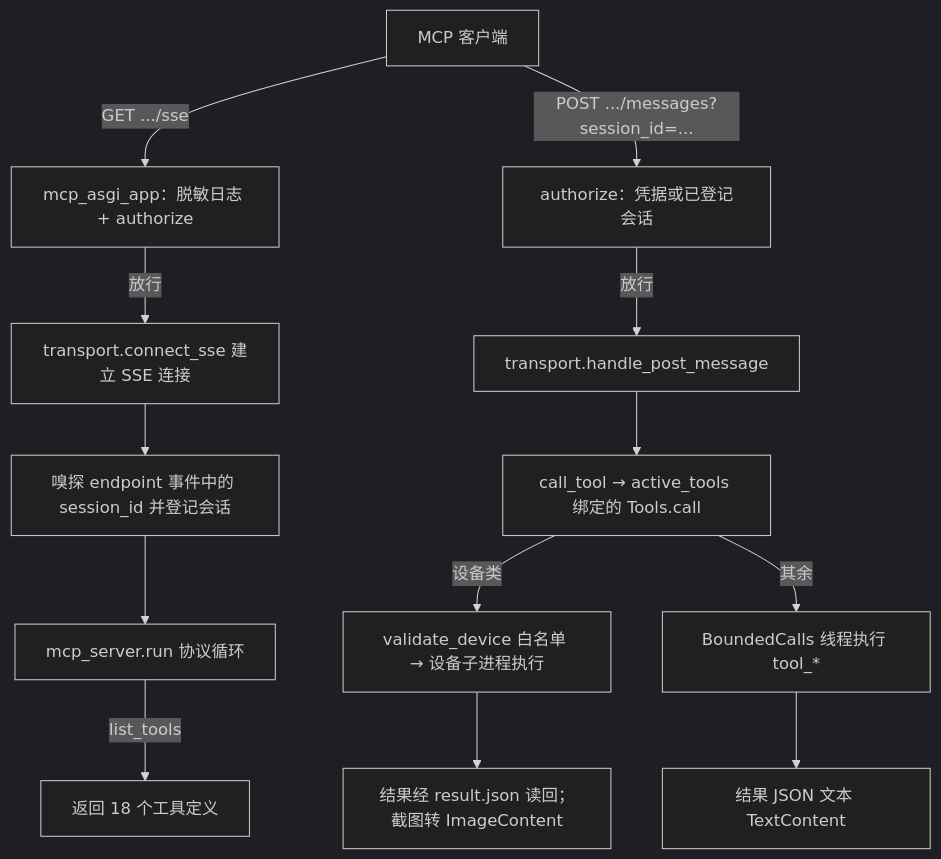
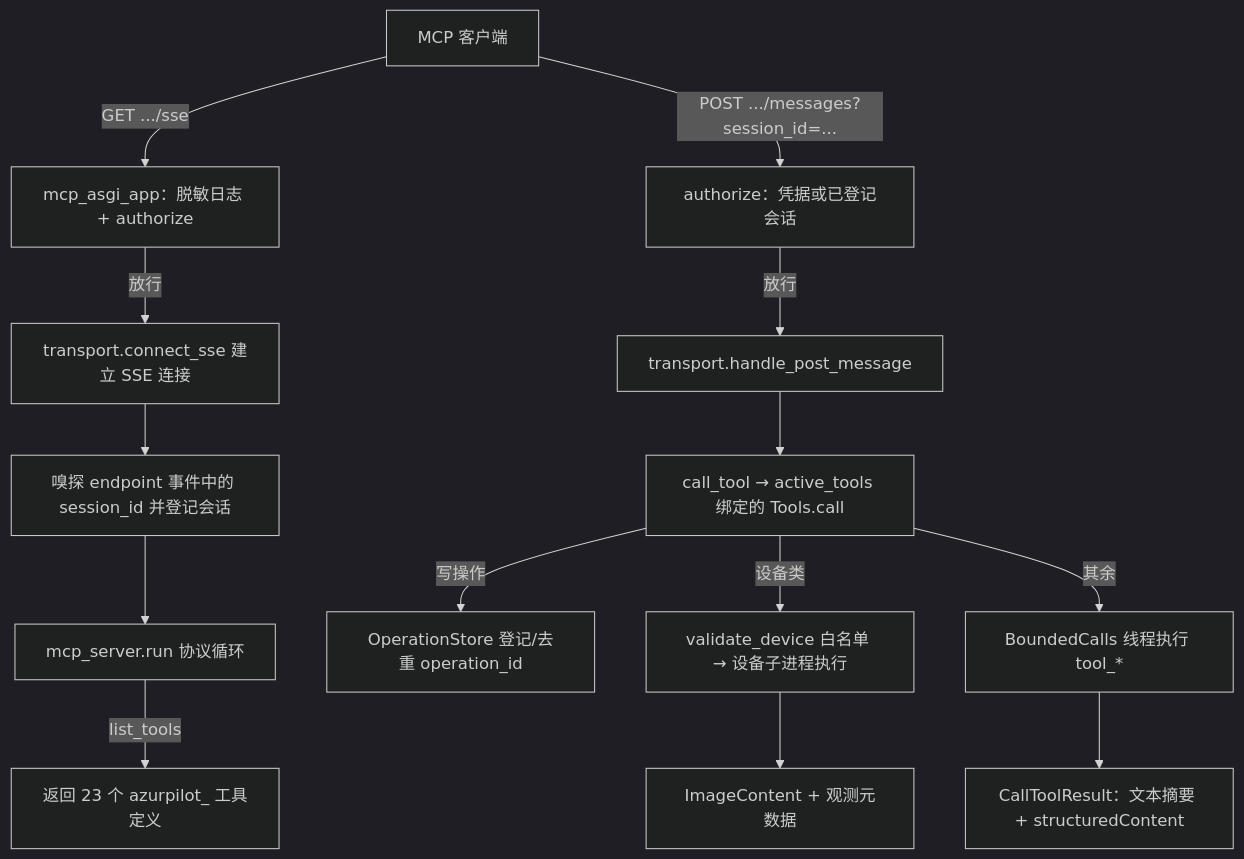
One commit to wess09/AzurPilot changed the first of 4 diagrams in docs/modules/entry/mcp-server.md. Above: the diagram before and after it, drawn with Mermaid (dark theme). The commit also changed other lines of this file and 23 other files, not shown here.

````diff
--- a/docs/modules/entry/mcp-server.md
+++ b/docs/modules/entry/mcp-server.md
@@ -144,15 +153,16 @@
 ```mermaid
 flowchart TD
     A["MCP 客户端"] -->|"GET .../sse"| B["mcp_asgi_app：脱敏日志 + authorize"]
     B -->|"放行"| C["transport.connect_sse 建立 SSE 连接"]
     C --> D["嗅探 endpoint 事件中的 session_id 并登记会话"]
     D --> E["mcp_server.run 协议循环"]
-    E -->|"list_tools"| F["返回 18 个工具定义"]
+    E -->|"list_tools"| F["返回 23 个 azurpilot_ 工具定义"]
     A -->|"POST .../messages?session_id=..."| G["authorize：凭据或已登记会话"]
     G -->|"放行"| H["transport.handle_post_message"]
     H --> I["call_tool → active_tools 绑定的 Tools.call"]
-    I -->|"设备类"| J["validate_device 白名单 → 设备子进程执行"]
-    I -->|"其余"| K["BoundedCalls 线程执行 tool_*"]
-    J --> L["结果经 result.json 读回；截图转 ImageContent"]
-    K --> M["结果 JSON 文本 TextContent"]
+    I -->|"写操作"| J["OperationStore 登记/去重 operation_id"]
+    I -->|"设备类"| K["validate_device 白名单 → 设备子进程执行"]
+    I -->|"其余"| L["BoundedCalls 线程执行 tool_*"]
+    K --> M["ImageContent + 观测元数据"]
+    L --> N["CallToolResult：文本摘要 + structuredContent"]
 ```
````
